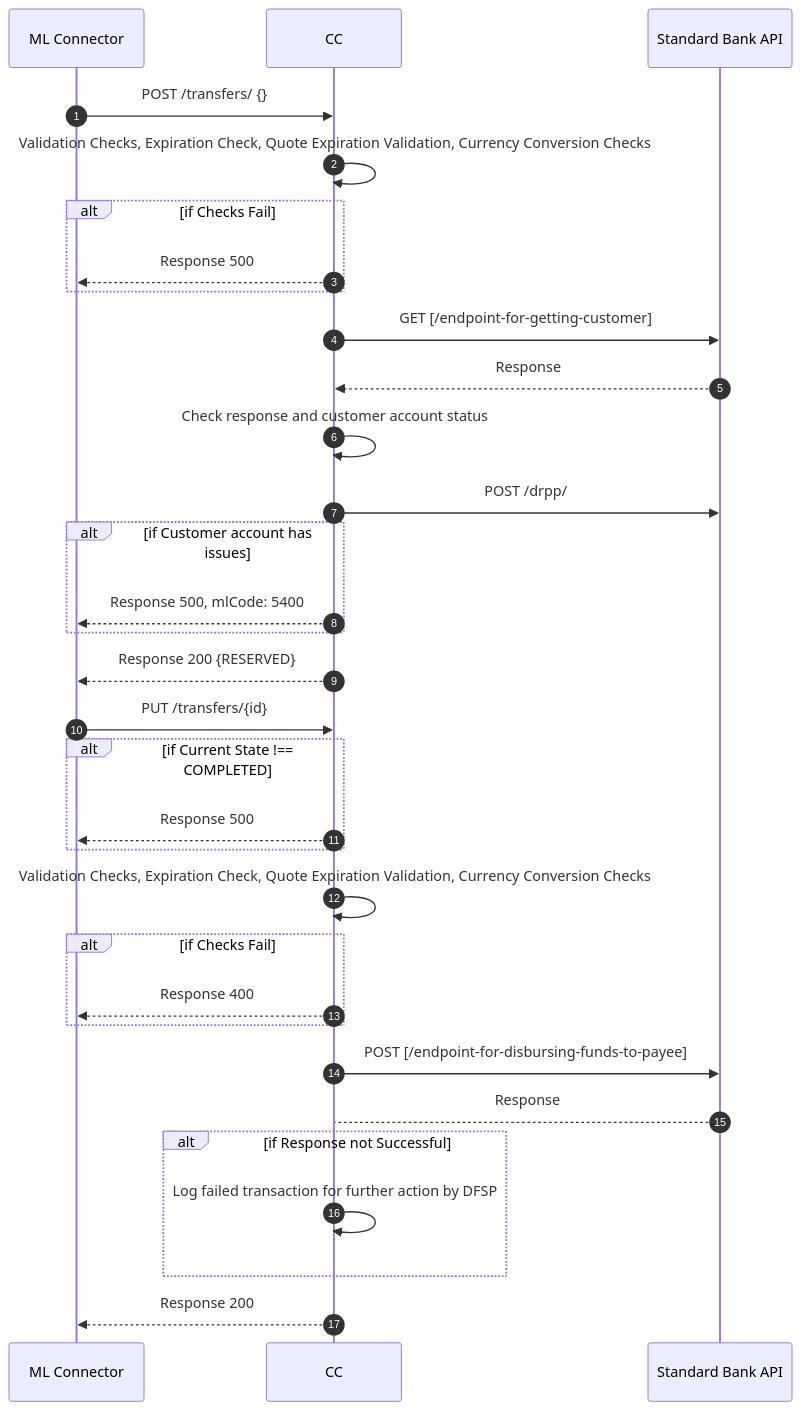
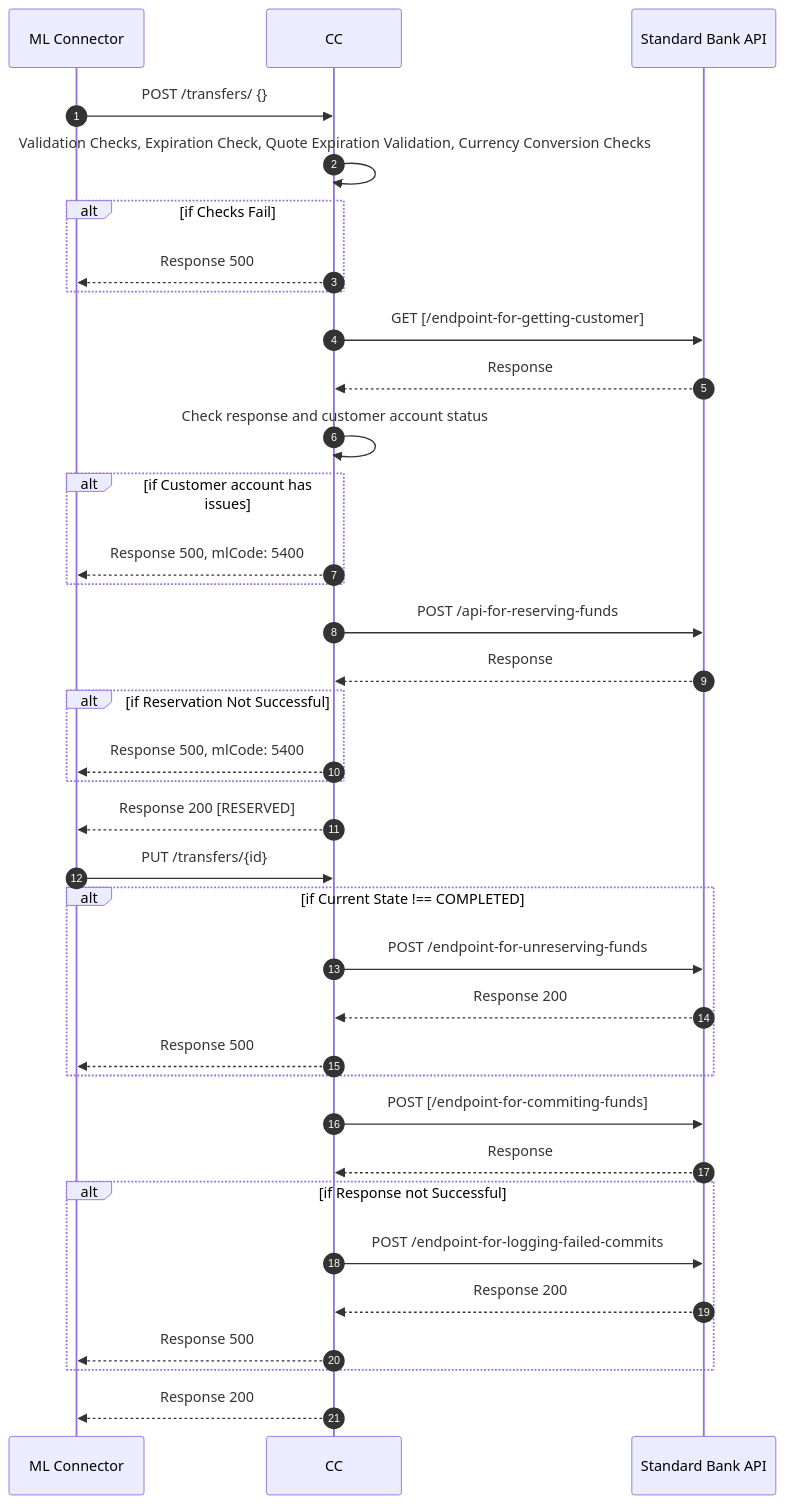
The diagram in standard-bank-mw-core-connector/docs/payee/payee-receive-transfer.md (mojaloop/ml-reference-connectors), drawn with Mermaid before and after one commit. The commit also changed 7 other files, not shown here.

Commit message:
chore: Created Plant UML sequence diagrams for customer journey

````diff
--- a/standard-bank-mw-core-connector/docs/payee/payee-receive-transfer.md
+++ b/standard-bank-mw-core-connector/docs/payee/payee-receive-transfer.md
@@ -1,49 +1,57 @@
 ```mermaid
 
 sequenceDiagram
   autoNumber
 
 ML Connector ->> CC:  POST /transfers/ {}
 
 CC->>CC:Validation Checks, Expiration Check, Quote Expiration Validation, Currency Conversion Checks
 
 Alt if Checks Fail
   CC-->>ML Connector: Response 500
 End
 
 CC->>Standard Bank API: GET [/endpoint-for-getting-customer] 
 
 Standard Bank API-->>CC: Response 
 
 CC->>CC: Check response and customer account status 
-
-CC->>Standard Bank API: POST /drpp/ 
-
 Alt if Customer account has issues 
   CC-->> ML Connector: Response 500, mlCode: 5400
 End
 
-CC-->>ML Connector: Response 200 {RESERVED}
+CC->>Standard Bank API: POST /api-for-reserving-funds 
+Standard Bank API-->>CC: Response
+
+
+Alt if Reservation Not Successful
+  CC-->> ML Connector: Response 500, mlCode: 5400
+End
+
+CC-->> ML Connector: Response 200 [RESERVED]
+
 
 ML Connector->>CC: PUT /transfers/{id}
 
 Alt if Current State !== COMPLETED
+  CC->>Standard Bank API: POST /endpoint-for-unreserving-funds
+  Standard Bank API-->>CC: Response 200
+  %% CC->>CC: Log Reponse
   CC-->>ML Connector: Response 500
 End
 
-CC->>CC: Validation Checks, Expiration Check, Quote Expiration Validation, Currency Conversion Checks
 
-Alt if Checks Fail
-  CC-->>ML Connector: Response 400
+CC->>Standard Bank API: POST [/endpoint-for-commiting-funds]
+
+Standard Bank API-->>CC: Response
+
+Alt if Response not Successful
+  CC->>Standard Bank API: POST /endpoint-for-logging-failed-commits
+  Standard Bank API-->>CC: Response 200
+  CC-->>ML Connector: Response 500
 End
 
-CC->>Standard Bank API: POST [/endpoint-for-disbursing-funds-to-payee]
 
-Standard Bank API-->CC: Response
-
-Alt if Response not Successful
-  CC->>CC: Log failed transaction for further action by DFSP
-End
 
 CC-->>ML Connector: Response 200
 ```
````
